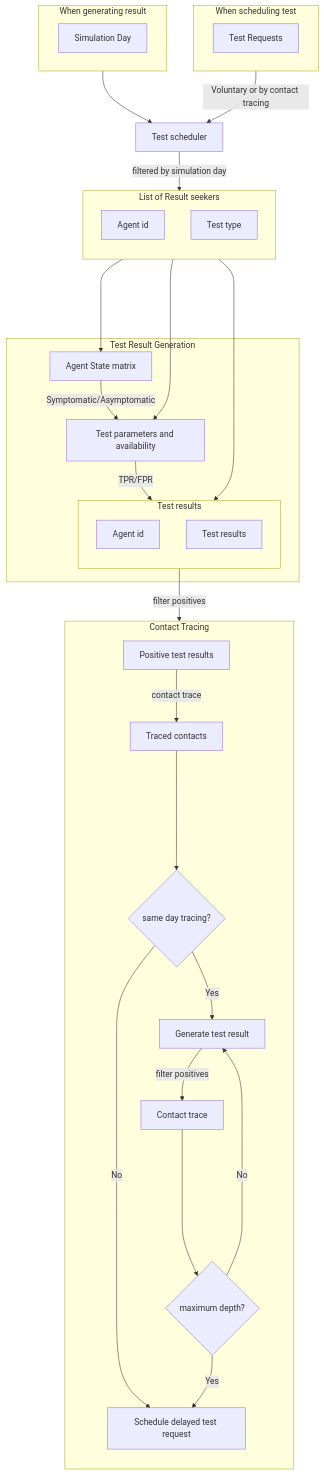
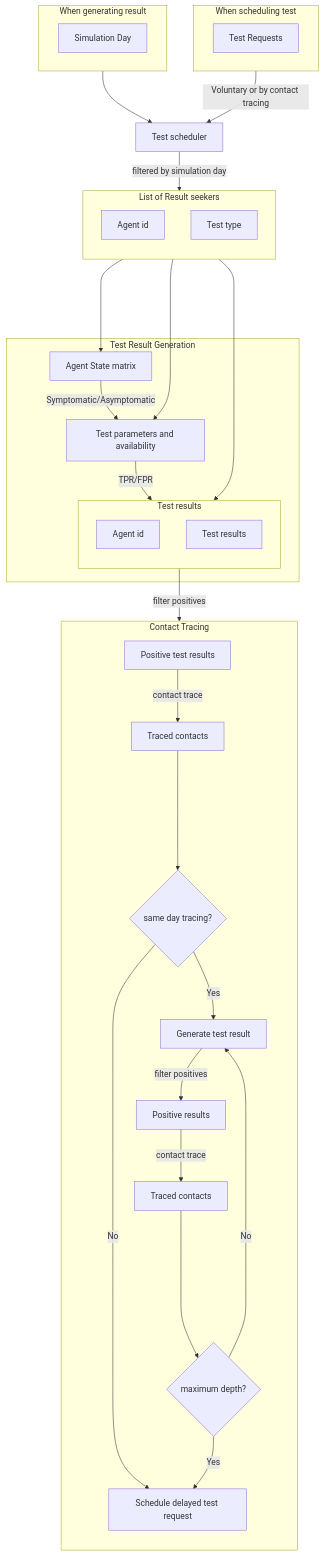
The seventh of 7 diagrams in R_parsers_Avinaba/ContagionSimulatorReadme.md (sseahra/blackarcs), drawn with Mermaid before and after one commit.

Commit message:
diagram fix - same-day-tracing

```diff
--- a/R_parsers_Avinaba/ContagionSimulatorReadme.md
+++ b/R_parsers_Avinaba/ContagionSimulatorReadme.md
@@ -784,13 +784,17 @@
 
     same_day -- Yes --> sameday_traced_test
 
-    contact_trace_again[Contact trace]
+    traced_positive_res[Positive results]
 
-    sameday_traced_test --filter positives--> contact_trace_again
+    sameday_traced_test --filter positives--> traced_positive_res
+
+    next_level_traced_contacts[Traced contacts]
+
+    traced_positive_res --contact trace--> next_level_traced_contacts
 
     maximum_depth{maximum depth?}
 
-    contact_trace_again ----> maximum_depth
+    next_level_traced_contacts ----> maximum_depth
 
     maximum_depth -- Yes --> delayed_req
 
```
